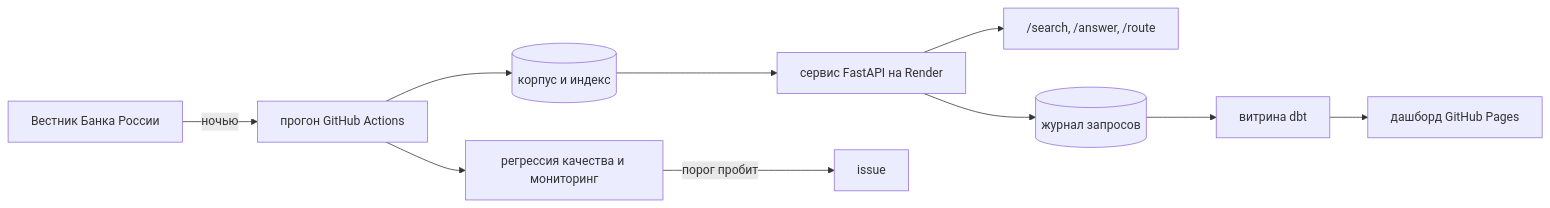
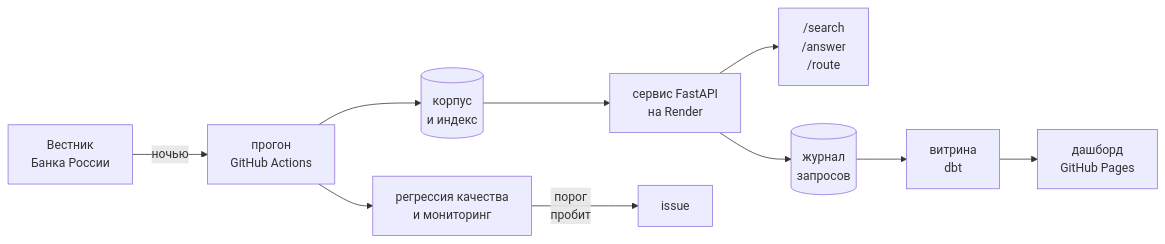
The diagram in README.md (nata2627/ru-fin-rag), drawn with Mermaid before and after one commit. The commit also changed other lines of this file and 1 other file, not shown here.

Commit message:
Break the diagram labels into lines and show file names in the skills table

````diff
--- a/README.md
+++ b/README.md
@@ -50,12 +50,12 @@
 ```mermaid
 flowchart LR
-    V[Вестник Банка России] -->|ночью| N[прогон GitHub Actions]
-    N --> C[(корпус и индекс)]
-    C --> S[сервис FastAPI на Render]
-    S --> Q["/search, /answer, /route"]
-    S --> J[(журнал запросов)]
-    J --> D[витрина dbt]
-    D --> P[дашборд GitHub Pages]
-    N --> R[регрессия качества и мониторинг]
-    R -->|порог пробит| I[issue]
+    V["Вестник<br>Банка России"] -->|" ночью "| N["прогон<br>GitHub Actions"]
+    N --> C[("корпус<br>и индекс")]
+    C --> S["сервис FastAPI<br>на Render"]
+    S --> Q["/search<br>/answer<br>/route"]
+    S --> J[("журнал<br>запросов")]
+    J --> D["витрина<br>dbt"]
+    D --> P["дашборд<br>GitHub Pages"]
+    N --> R["регрессия качества<br>и мониторинг"]
+    R -->|" порог<br>пробит "| I["issue"]
 ```
````
